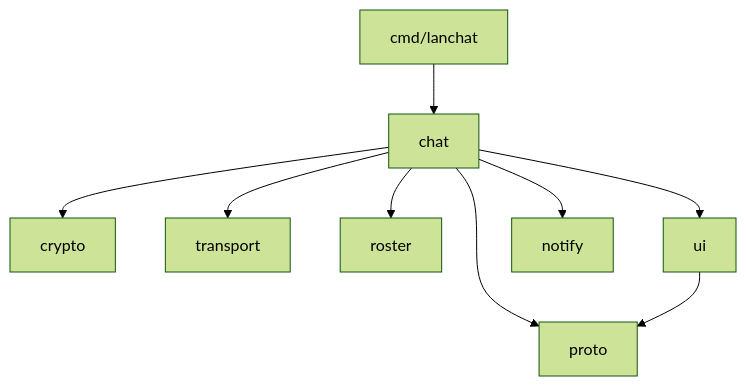
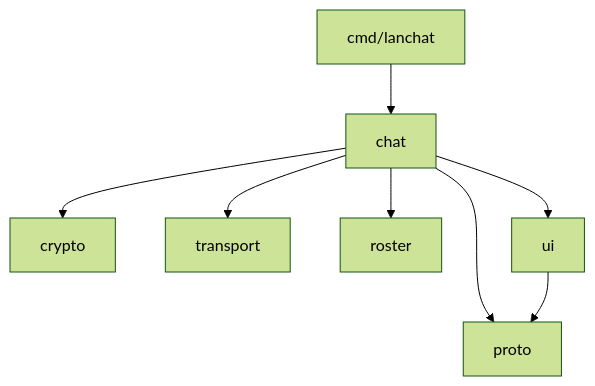
Before and after one commit to granthgg/sshhh-lanchat: the diagram in docs/ARCHITECTURE.md, drawn with Mermaid (forest theme). The commit also changed other lines of this file and 8 other files, not shown here.

````diff
--- a/docs/ARCHITECTURE.md
+++ b/docs/ARCHITECTURE.md
@@ -39,11 +37,10 @@
 ```mermaid
 graph TD
     main["cmd/lanchat"] --> chat
     chat --> crypto
     chat --> transport
     chat --> roster
     chat --> proto
     chat --> ui
-    chat --> notify
     ui --> proto
 ```
````
